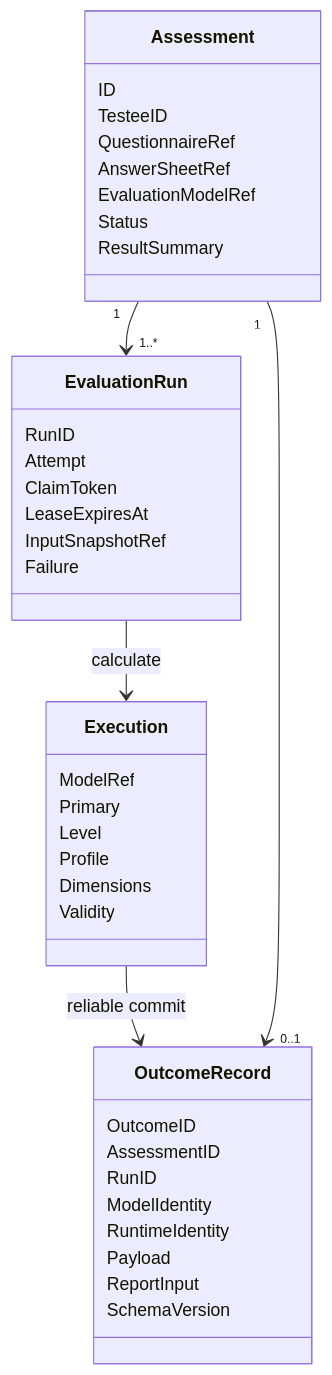
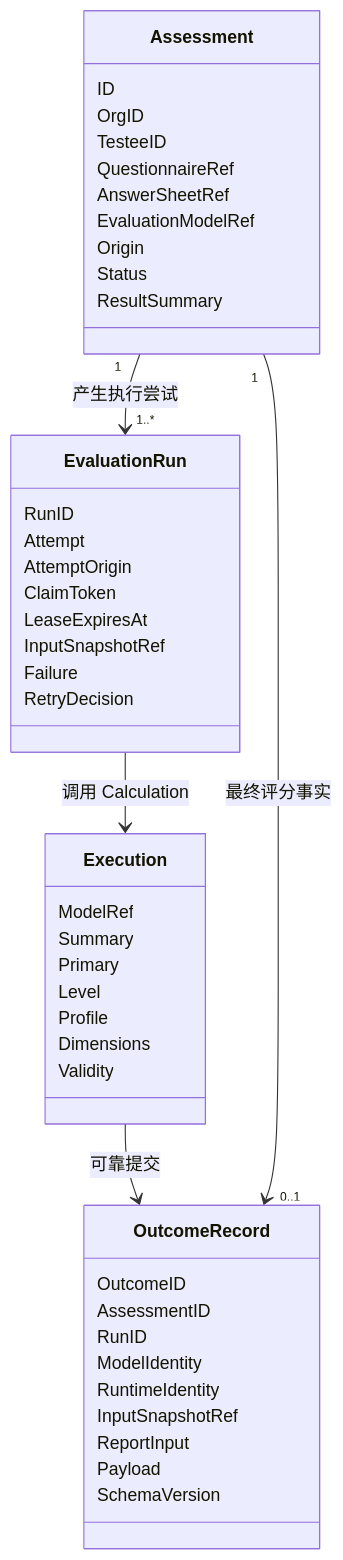
Before and after one commit to FangcunMount/qs-server: the first of 7 diagrams in docs/02-业务模块/30-evaluation/10-领域模型.md, drawn with Mermaid. The commit also changed other lines of this file and 43 other files, not shown here.

````diff
--- a/docs/02-业务模块/30-evaluation/10-领域模型.md
+++ b/docs/02-业务模块/30-evaluation/10-领域模型.md
@@ -17,43 +25,52 @@
 ```mermaid
 classDiagram
     class Assessment {
         ID
+        OrgID
         TesteeID
         QuestionnaireRef
         AnswerSheetRef
         EvaluationModelRef
+        Origin
         Status
         ResultSummary
     }
+
     class EvaluationRun {
         RunID
         Attempt
+        AttemptOrigin
         ClaimToken
         LeaseExpiresAt
         InputSnapshotRef
         Failure
+        RetryDecision
     }
+
     class Execution {
         ModelRef
+        Summary
         Primary
         Level
         Profile
         Dimensions
         Validity
     }
+
     class OutcomeRecord {
         OutcomeID
         AssessmentID
         RunID
         ModelIdentity
         RuntimeIdentity
+        InputSnapshotRef
+        ReportInput
         Payload
-        ReportInput
         SchemaVersion
     }
 
-    Assessment "1" --> "1..*" EvaluationRun
-    EvaluationRun --> Execution : calculate
-    Execution --> OutcomeRecord : reliable commit
-    Assessment "1" --> "0..1" OutcomeRecord
+    Assessment "1" --> "1..*" EvaluationRun : 产生执行尝试
+    EvaluationRun --> Execution : 调用 Calculation
+    Execution --> OutcomeRecord : 可靠提交
+    Assessment "1" --> "0..1" OutcomeRecord : 最终评分事实
 ```
````
